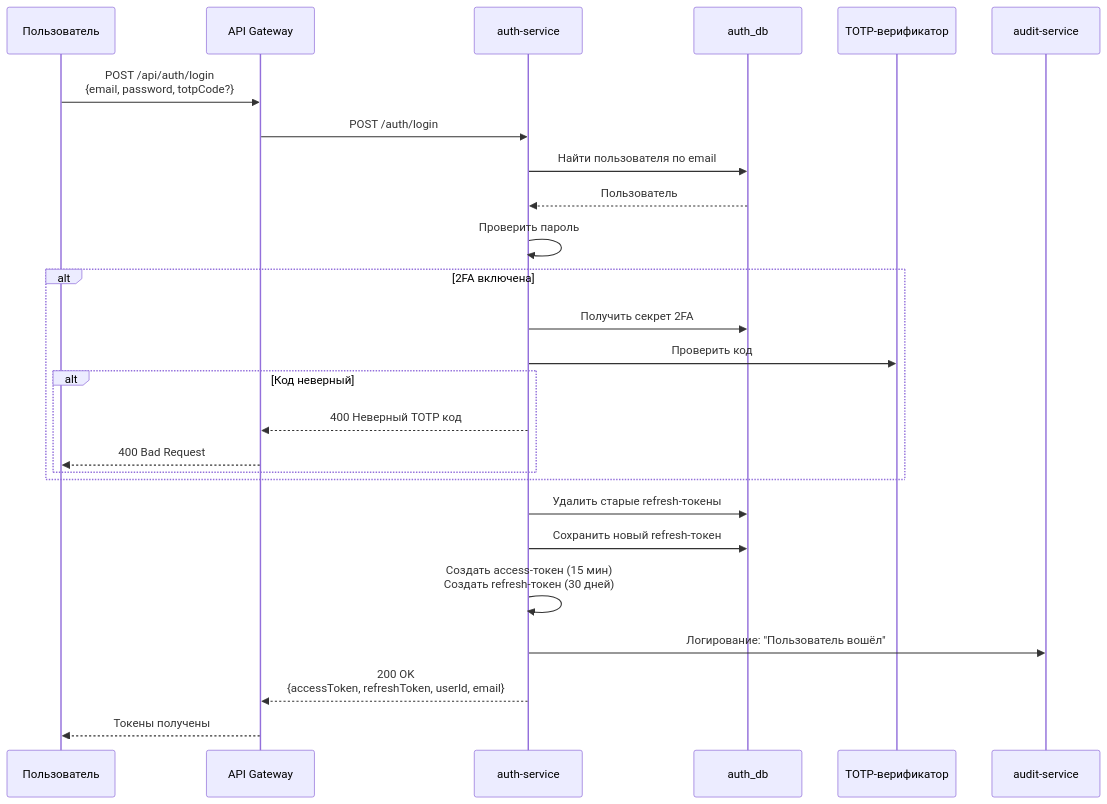
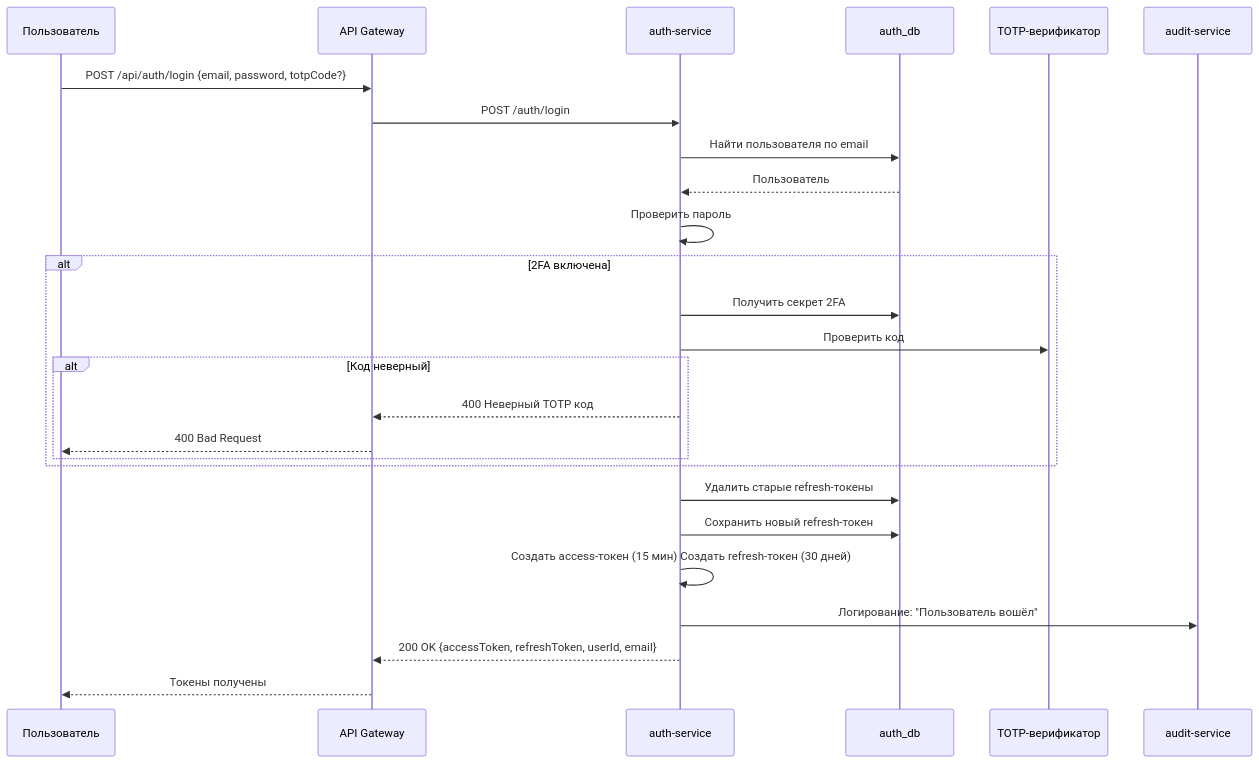
The second of 25 diagrams in README.md (PawKorchagin/hrofos-domain-register), drawn with Mermaid before and after one commit. The commit also changed other lines of this file, not shown here.

````diff
--- a/README.md
+++ b/README.md
@@ -117,37 +117,37 @@
 ```mermaid
 sequenceDiagram
     participant U as Пользователь
     participant GW as API Gateway
     participant Auth as auth-service
     participant DB as auth_db
     participant TOTP as TOTP-верификатор
     participant Audit as audit-service
 
-    U->>GW: POST /api/auth/login<br/>{email, password, totpCode?}
+    U->>GW: POST /api/auth/login {email, password, totpCode?}
     GW->>Auth: POST /auth/login
 
     Auth->>DB: Найти пользователя по email
     DB-->>Auth: Пользователь
 
     Auth->>Auth: Проверить пароль
 
     alt 2FA включена
         Auth->>DB: Получить секрет 2FA
         Auth->>TOTP: Проверить код
 
         alt Код неверный
             Auth-->>GW: 400 Неверный TOTP код
             GW-->>U: 400 Bad Request
         end
     end
 
     Auth->>DB: Удалить старые refresh-токены
     Auth->>DB: Сохранить новый refresh-токен
 
-    Auth->>Auth: Создать access-токен (15 мин)<br/>Создать refresh-токен (30 дней)
+    Auth->>Auth: Создать access-токен (15 мин) Создать refresh-токен (30 дней)
 
     Auth->>Audit: Логирование: "Пользователь вошёл"
 
-    Auth-->>GW: 200 OK<br/>{accessToken, refreshToken, userId, email}
+    Auth-->>GW: 200 OK {accessToken, refreshToken, userId, email}
     GW-->>U: Токены получены
 ```
````
